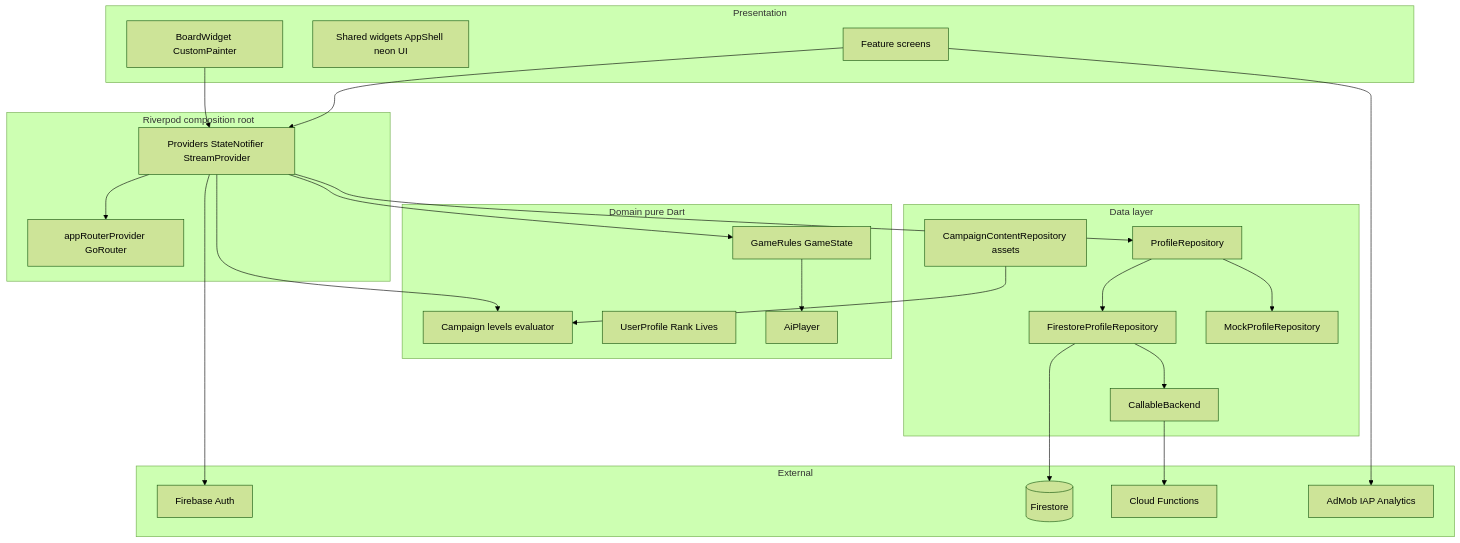
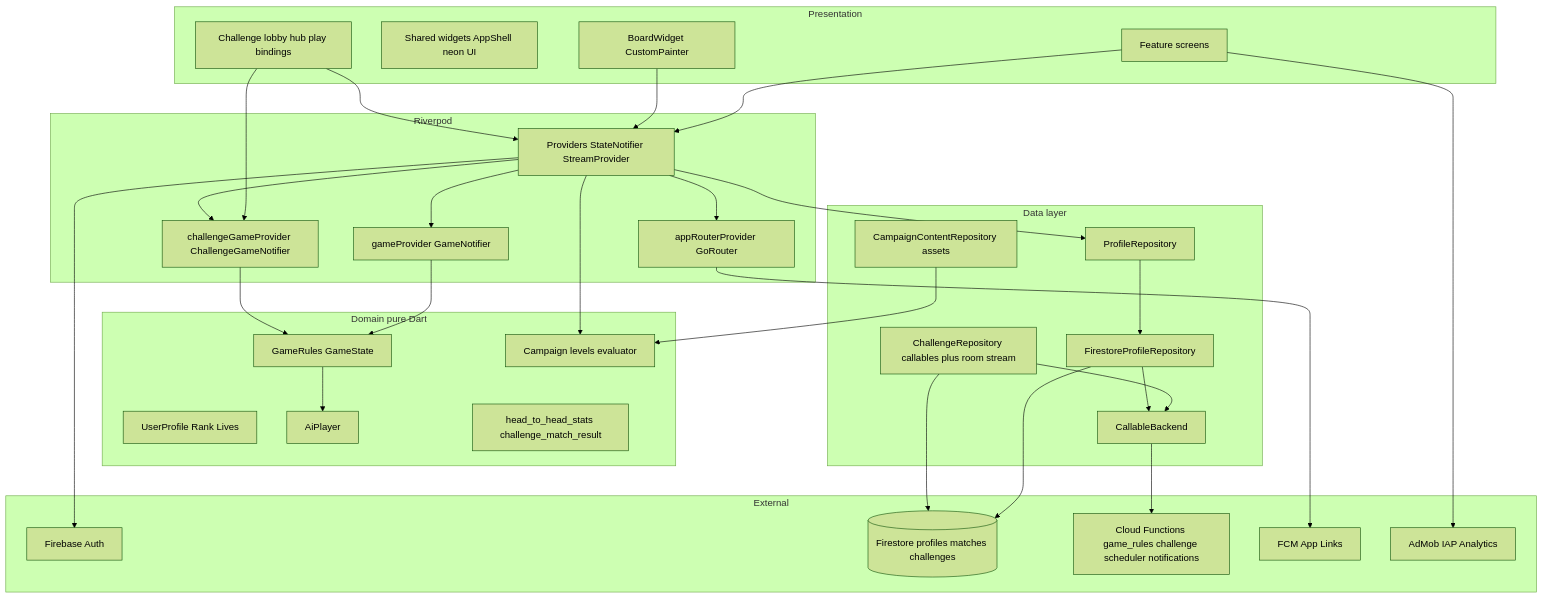
The first of 10 diagrams in docs/architecture.md (vividmemories-games/Dot_Clash), drawn with Mermaid (forest theme) before and after one commit. The commit also changed other lines of this file and 13 other files, not shown here.

````diff
--- a/docs/architecture.md
+++ b/docs/architecture.md
@@ -21,51 +37,63 @@
 ```mermaid
 flowchart TB
   subgraph presentation [Presentation]
     Screens[Feature screens]
     Widgets[Shared widgets AppShell neon UI]
     Board[BoardWidget CustomPainter]
+    ChallengeUI[Challenge lobby hub play bindings]
   end
 
-  subgraph state [Riverpod composition root]
+  subgraph state [Riverpod]
     Providers[Providers StateNotifier StreamProvider]
     Router[appRouterProvider GoRouter]
+    GameProv[gameProvider GameNotifier]
+    ChallengeProv[challengeGameProvider ChallengeGameNotifier]
   end
 
   subgraph domain [Domain pure Dart]
     GameRules[GameRules GameState]
     Campaign[Campaign levels evaluator]
     ProfileDom[UserProfile Rank Lives]
     AI[AiPlayer]
+    H2H[head_to_head_stats challenge_match_result]
   end
 
   subgraph data [Data layer]
     ProfileRepo[ProfileRepository]
     FirestoreRepo[FirestoreProfileRepository]
-    MockRepo[MockProfileRepository]
+    ChallengeRepo[ChallengeRepository callables plus room stream]
     CampaignJSON[CampaignContentRepository assets]
     Callable[CallableBackend]
   end
 
   subgraph external [External]
     FirebaseAuth[Firebase Auth]
-    Firestore[(Firestore)]
-    Functions[Cloud Functions]
+    Firestore[(Firestore profiles matches challenges)]
+    Functions[Cloud Functions game_rules challenge scheduler notifications]
+    FCM[FCM App Links]
     AdMob[AdMob IAP Analytics]
   end
 
   Screens --> Providers
   Board --> Providers
+  ChallengeUI --> ChallengeProv
+  ChallengeUI --> Providers
   Providers --> Router
-  Providers --> GameRules
+  Providers --> GameProv
+  Providers --> ChallengeProv
+  GameProv --> GameRules
+  ChallengeProv --> GameRules
   Providers --> Campaign
   Providers --> ProfileRepo
   GameRules --> AI
   ProfileRepo --> FirestoreRepo
-  ProfileRepo --> MockRepo
+  ChallengeRepo --> Callable
   FirestoreRepo --> Firestore
   FirestoreRepo --> Callable
   Callable --> Functions
+  ChallengeRepo --> Firestore
   CampaignJSON --> Campaign
   Providers --> FirebaseAuth
   Screens --> AdMob
+  Router --> FCM
 ```
````
